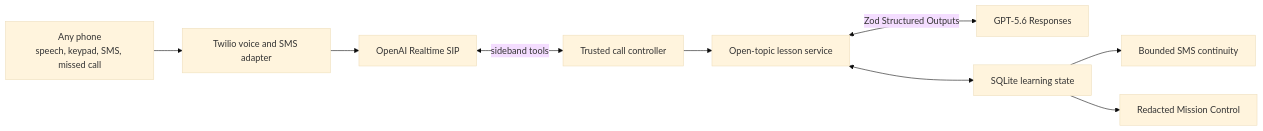
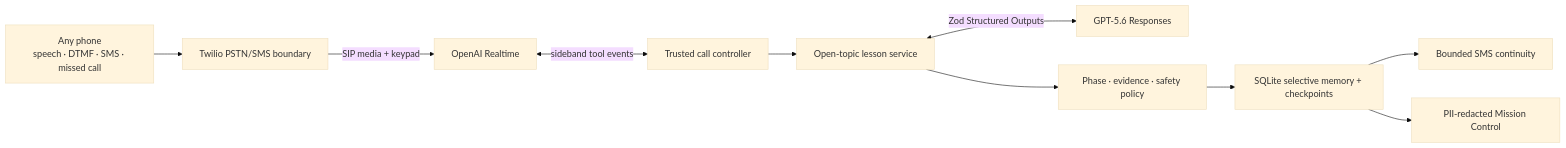
The diagram in README.md (Tanya-Khanna/continuum-voice-tutor), drawn with Mermaid (base theme) before and after one commit. The commit also changed other lines of this file and 152 other files, not shown here.

````diff
--- a/README.md
+++ b/README.md
@@ -64,11 +50,12 @@
 ```mermaid
 flowchart LR
-    Phone["Any phone<br/>speech, keypad, SMS, missed call"] --> Twilio["Twilio voice and SMS adapter"]
-    Twilio --> Realtime["OpenAI Realtime SIP"]
-    Realtime <-->|"sideband tools"| Controller["Trusted call controller"]
+    Phone["Any phone<br/>speech · DTMF · SMS · missed call"] --> Twilio["Twilio PSTN/SMS boundary"]
+    Twilio -->|"SIP media + keypad"| Realtime["OpenAI Realtime"]
+    Realtime <-->|"sideband tool events"| Controller["Trusted call controller"]
     Controller --> Lesson["Open-topic lesson service"]
     Lesson <-->|"Zod Structured Outputs"| GPT["GPT-5.6 Responses"]
-    Lesson <--> State["SQLite learning state"]
-    State --> SMS["Bounded SMS continuity"]
-    State --> Proof["Redacted Mission Control"]
+    Lesson --> Policy["Phase · evidence · safety policy"]
+    Policy --> SQLite["SQLite selective memory + checkpoints"]
+    SQLite --> SMS["Bounded SMS continuity"]
+    SQLite --> Mission["PII-redacted Mission Control"]
 ```
````
